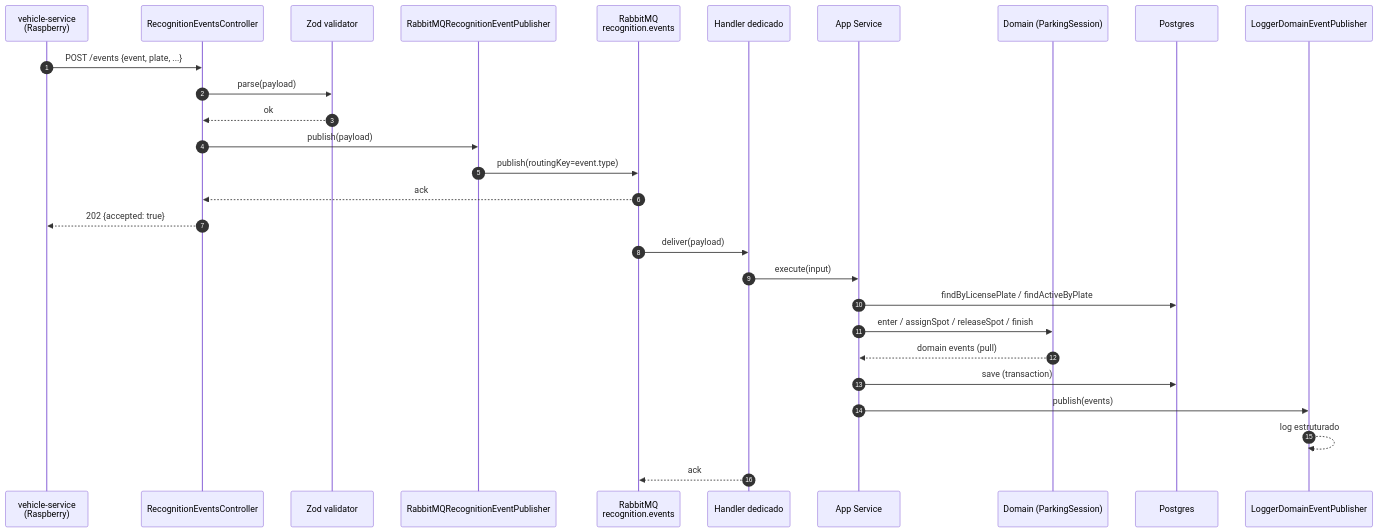
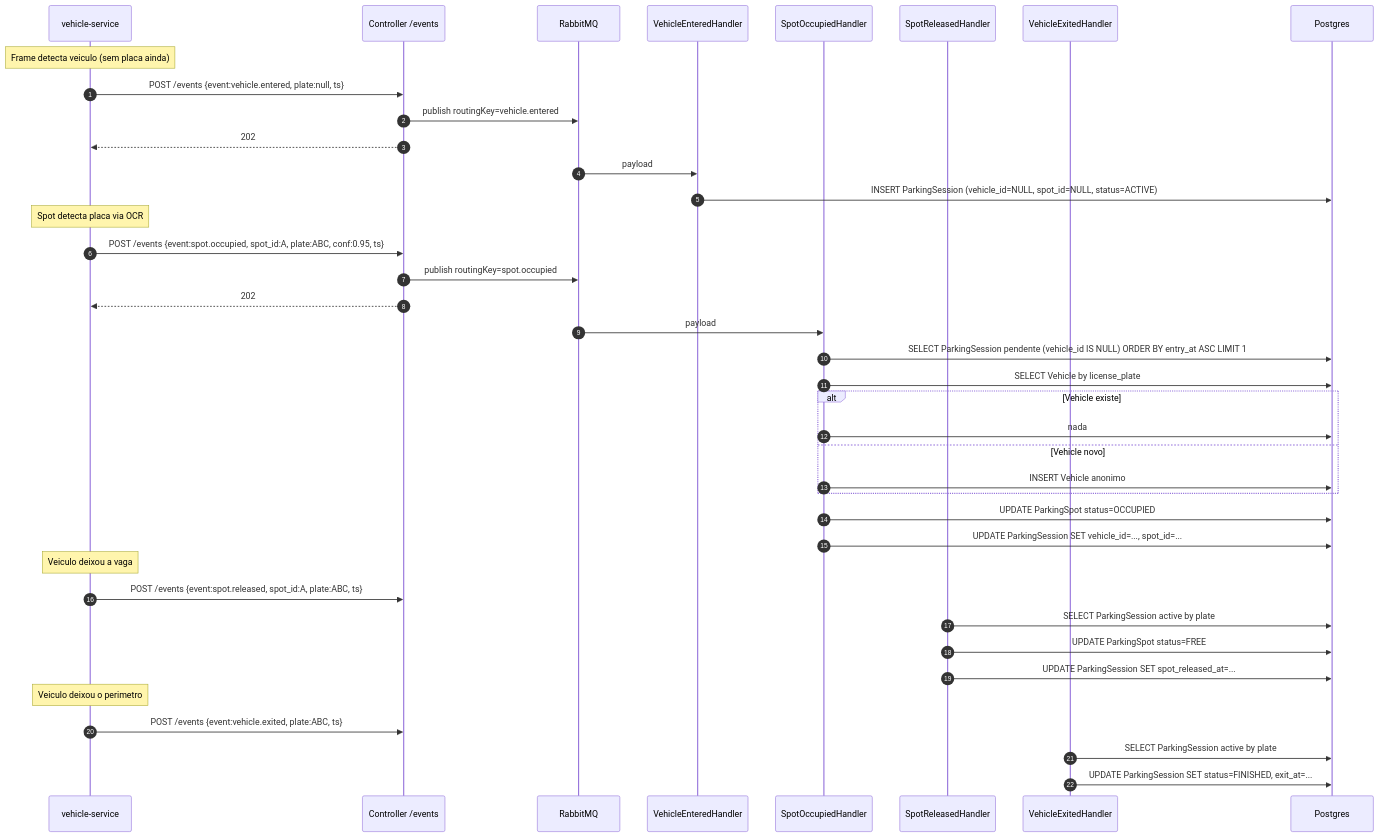
One commit to luigimenezes13/parking changed the fifth of 9 diagrams in docs/sprint-5-events-flow.md. Above: the diagram before and after it, drawn with Mermaid. The commit also changed other lines of this file and 30 other files, not shown here.

Commit message:
feat: enhance parking session management by implementing pending vehicle handling, updating session creation logic, and refining event emission for vehicle entry and exit

````diff
--- a/docs/sprint-5-events-flow.md
+++ b/docs/sprint-5-events-flow.md
@@ -217,32 +240,45 @@
 ```mermaid
 sequenceDiagram
     autonumber
-    participant V as vehicle-service<br/>(Raspberry)
-    participant C as RecognitionEventsController
-    participant Z as Zod validator
-    participant P as RabbitMQRecognitionEventPublisher
-    participant R as RabbitMQ<br/>recognition.events
-    participant H as Handler dedicado
-    participant S as App Service
-    participant D as Domain (ParkingSession)
+    participant V as vehicle-service
+    participant C as Controller /events
+    participant R as RabbitMQ
+    participant H1 as VehicleEnteredHandler
+    participant H2 as SpotOccupiedHandler
+    participant H3 as SpotReleasedHandler
+    participant H4 as VehicleExitedHandler
     participant DB as Postgres
-    participant L as LoggerDomainEventPublisher
 
-    V->>C: POST /events {event, plate, ...}
-    C->>Z: parse(payload)
-    Z-->>C: ok
-    C->>P: publish(payload)
-    P->>R: publish(routingKey=event.type)
-    R-->>C: ack
-    C-->>V: 202 {accepted: true}
+    Note over V: Frame detecta veiculo (sem placa ainda)
+    V->>C: POST /events {event:vehicle.entered, plate:null, ts}
+    C->>R: publish routingKey=vehicle.entered
+    C-->>V: 202
+    R->>H1: payload
+    H1->>DB: INSERT ParkingSession (vehicle_id=NULL, spot_id=NULL, status=ACTIVE)
 
-    R->>H: deliver(payload)
-    H->>S: execute(input)
-    S->>DB: findByLicensePlate / findActiveByPlate
-    S->>D: enter / assignSpot / releaseSpot / finish
-    D-->>S: domain events (pull)
-    S->>DB: save (transaction)
-    S->>L: publish(events)
-    L-->>L: log estruturado
-    H-->>R: ack
+    Note over V: Spot detecta placa via OCR
+    V->>C: POST /events {event:spot.occupied, spot_id:A, plate:ABC, conf:0.95, ts}
+    C->>R: publish routingKey=spot.occupied
+    C-->>V: 202
+    R->>H2: payload
+    H2->>DB: SELECT ParkingSession pendente (vehicle_id IS NULL) ORDER BY entry_at ASC LIMIT 1
+    H2->>DB: SELECT Vehicle by license_plate
+    alt Vehicle existe
+        H2->>DB: nada
+    else Vehicle novo
+        H2->>DB: INSERT Vehicle anonimo
+    end
+    H2->>DB: UPDATE ParkingSpot status=OCCUPIED
+    H2->>DB: UPDATE ParkingSession SET vehicle_id=..., spot_id=...
+
+    Note over V: Veiculo deixou a vaga
+    V->>C: POST /events {event:spot.released, spot_id:A, plate:ABC, ts}
+    H3->>DB: SELECT ParkingSession active by plate
+    H3->>DB: UPDATE ParkingSpot status=FREE
+    H3->>DB: UPDATE ParkingSession SET spot_released_at=...
+
+    Note over V: Veiculo deixou o perimetro
+    V->>C: POST /events {event:vehicle.exited, plate:ABC, ts}
+    H4->>DB: SELECT ParkingSession active by plate
+    H4->>DB: UPDATE ParkingSession SET status=FINISHED, exit_at=...
 ```
````
